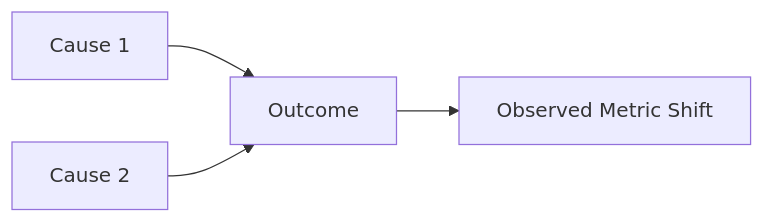
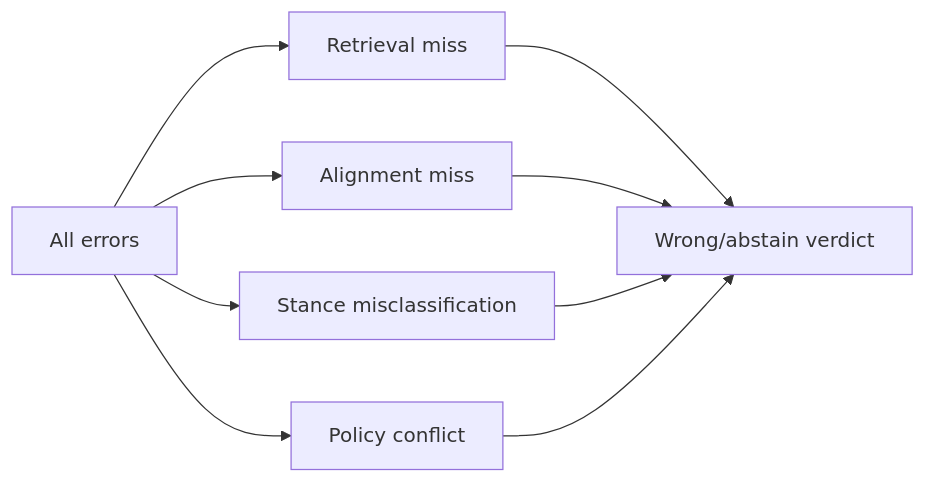
The third of 7 diagrams in methodology/figures/06-evaluation-and-failure-analysis-pack.md (Luxia-AI/docs), drawn with Mermaid before and after one commit. The commit also changed other lines of this file and 9 other files, not shown here.

First line of the commit message:
Refactor methodology figures with updated Mermaid diagrams and enhanced clarity across multiple packs. Key changes include:

````diff
--- a/methodology/figures/06-evaluation-and-failure-analysis-pack.md
+++ b/methodology/figures/06-evaluation-and-failure-analysis-pack.md
@@ -71,6 +82,11 @@
 ```mermaid
-graph LR
-    A[Cause 1] --> C[Outcome]
-    B[Cause 2] --> C
-    C --> D[Observed Metric Shift]
+flowchart LR
+  E[All errors] --> E1[Retrieval miss]
+  E --> E2[Alignment miss]
+  E --> E3[Stance misclassification]
+  E --> E4[Policy conflict]
+  E1 --> O1[Wrong/abstain verdict]
+  E2 --> O1
+  E3 --> O1
+  E4 --> O1
 ```
````
